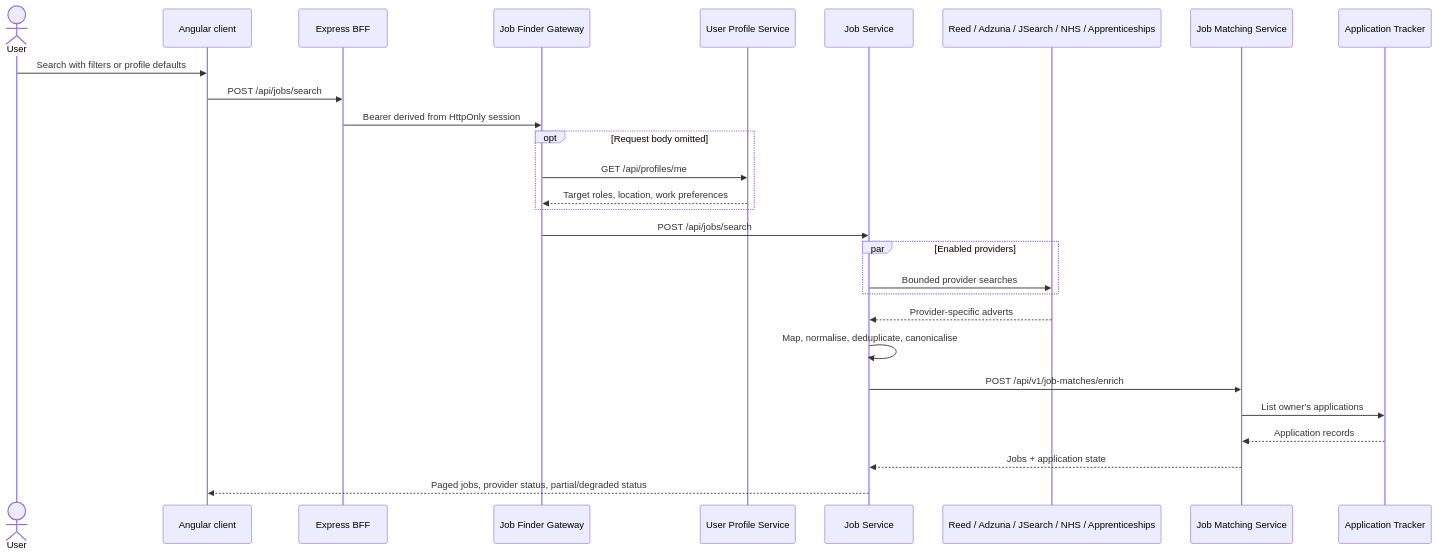
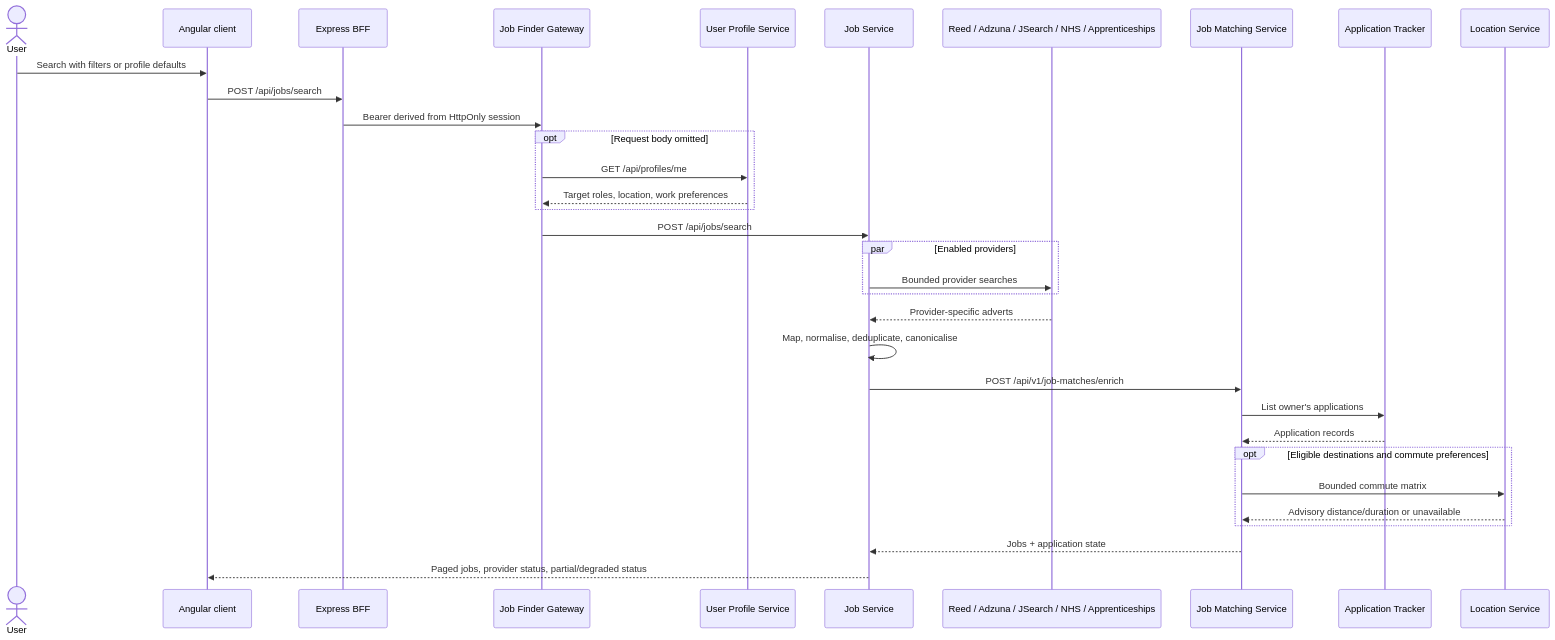
One commit to jobseekercopilot/infrastructure changed the diagram in docs-site/docs/journeys/job-search.md. Above: the diagram before and after it, drawn with Mermaid. The commit also changed other lines of this file and 34 other files, not shown here.

````diff
--- a/docs-site/docs/journeys/job-search.md
+++ b/docs-site/docs/journeys/job-search.md
@@ -5,31 +5,36 @@
 ```mermaid
 sequenceDiagram
   actor User
   participant UI as Angular client
   participant BFF as Express BFF
   participant Finder as Job Finder Gateway
   participant Profile as User Profile Service
   participant Jobs as Job Service
   participant Providers as Reed / Adzuna / JSearch / NHS / Apprenticeships
   participant Matching as Job Matching Service
   participant Tracker as Application Tracker
+  participant Location as Location Service
 
   User->>UI: Search with filters or profile defaults
   UI->>BFF: POST /api/jobs/search
   BFF->>Finder: Bearer derived from HttpOnly session
   opt Request body omitted
     Finder->>Profile: GET /api/profiles/me
     Profile-->>Finder: Target roles, location, work preferences
   end
   Finder->>Jobs: POST /api/jobs/search
   par Enabled providers
     Jobs->>Providers: Bounded provider searches
   end
   Providers-->>Jobs: Provider-specific adverts
   Jobs->>Jobs: Map, normalise, deduplicate, canonicalise
   Jobs->>Matching: POST /api/v1/job-matches/enrich
   Matching->>Tracker: List owner's applications
   Tracker-->>Matching: Application records
+  opt Eligible destinations and commute preferences
+    Matching->>Location: Bounded commute matrix
+    Location-->>Matching: Advisory distance/duration or unavailable
+  end
   Matching-->>Jobs: Jobs + application state
   Jobs-->>UI: Paged jobs, provider status, partial/degraded status
 ```
````
